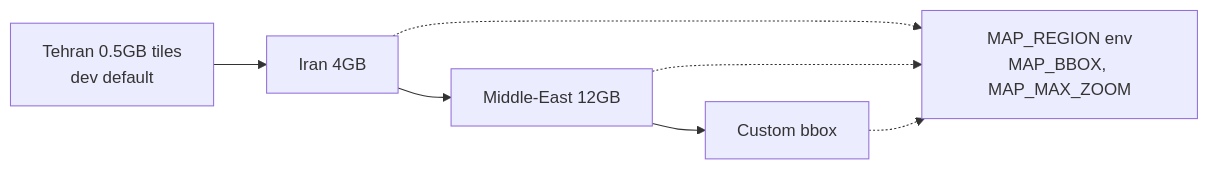
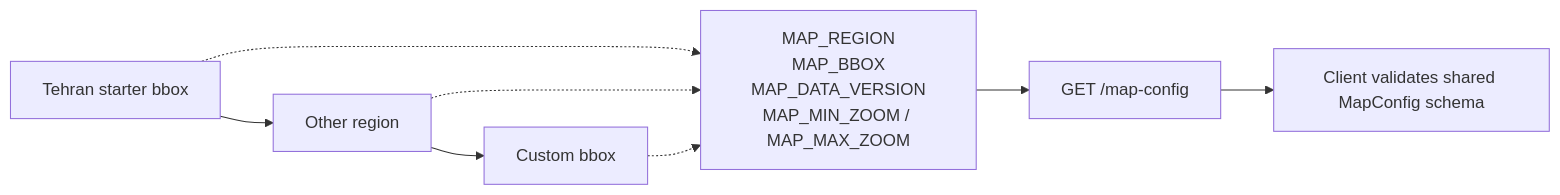
One commit to komeilm76/borobiya changed the third of 3 diagrams in docs/DIAGRAMS/MAP_PIPELINE.md. Above: the diagram before and after it, drawn with Mermaid. The commit also changed other lines of this file and 32 other files, not shown here.

````diff
--- a/docs/DIAGRAMS/MAP_PIPELINE.md
+++ b/docs/DIAGRAMS/MAP_PIPELINE.md
@@ -54,8 +48,9 @@
 ```mermaid
 flowchart LR
-  T[Tehran 0.5GB tiles<br/>dev default] --> I[Iran 4GB]
-  I --> M[Middle-East 12GB]
-  M --> C[Custom bbox]
-  I & M & C -.-> ENV
-  ENV[MAP_REGION env<br/>MAP_BBOX, MAP_MAX_ZOOM]
+  T[Tehran starter bbox] --> I[Other region]
+  I --> C[Custom bbox]
+  T & I & C -.-> ENV
+  ENV[MAP_REGION<br/>MAP_BBOX<br/>MAP_DATA_VERSION<br/>MAP_MIN_ZOOM / MAP_MAX_ZOOM]
+  ENV --> CFG[GET /map-config]
+  CFG --> CLIENT[Client validates shared MapConfig schema]
 ```
````
